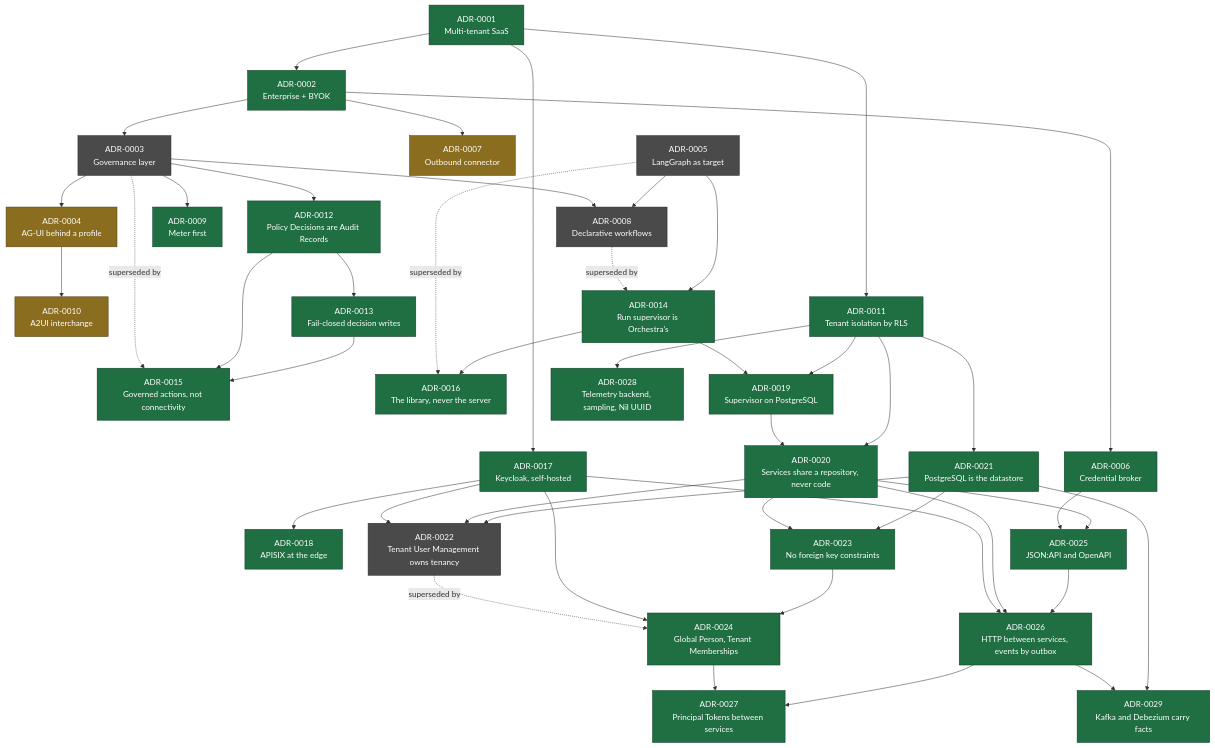
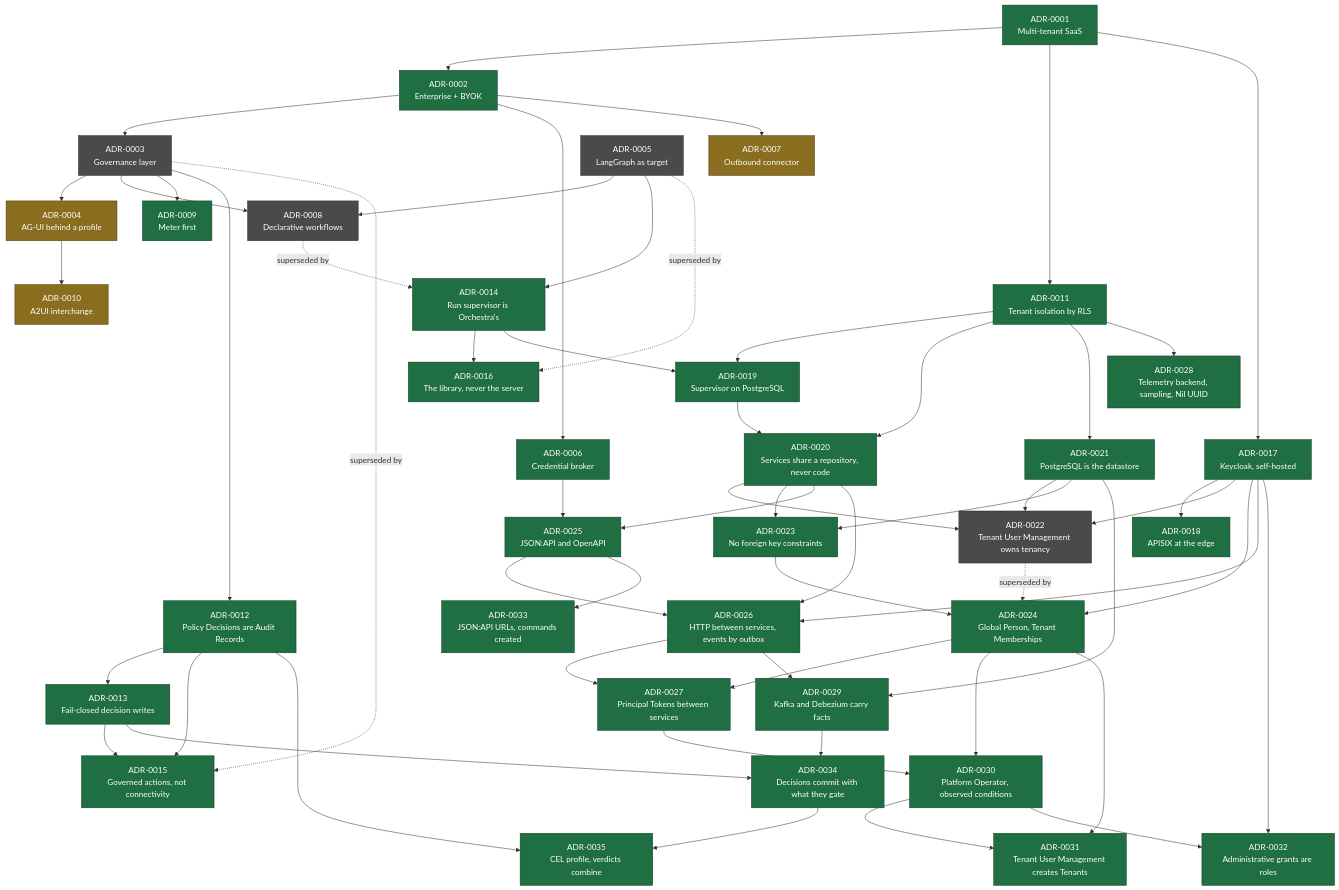
One commit to ayesigapaul/orchestra changed the diagram in docs/adr/README.md. Above: the diagram before and after it, drawn with Mermaid. The commit also changed other lines of this file and 71 other files, not shown here.

````diff
--- a/docs/adr/README.md
+++ b/docs/adr/README.md
@@ -62,54 +68,66 @@
 ```mermaid
 flowchart TD
   A1["ADR-0001<br/>Multi-tenant SaaS"] --> A2["ADR-0002<br/>Enterprise + BYOK"]
   A2 --> A3["ADR-0003<br/>Governance layer"]
   A2 --> A6["ADR-0006<br/>Credential broker"]
   A2 --> A7["ADR-0007<br/>Outbound connector"]
   A3 --> A4["ADR-0004<br/>AG-UI behind a profile"]
   A3 --> A8["ADR-0008<br/>Declarative workflows"]
   A3 --> A9["ADR-0009<br/>Meter first"]
   A5["ADR-0005<br/>LangGraph as target"] --> A8
   A4 --> A10["ADR-0010<br/>A2UI interchange"]
   A1 --> A11["ADR-0011<br/>Tenant isolation by RLS"]
   A3 --> A12["ADR-0012<br/>Policy Decisions are Audit Records"]
   A12 --> A13["ADR-0013<br/>Fail-closed decision writes"]
   A8 -.->|superseded by| A14["ADR-0014<br/>Run supervisor is Orchestra's"]
   A5 --> A14
   A3 -.->|superseded by| A15["ADR-0015<br/>Governed actions, not connectivity"]
   A12 --> A15
   A13 --> A15
   A5 -.->|superseded by| A16["ADR-0016<br/>The library, never the server"]
   A14 --> A16
   A1 --> A17["ADR-0017<br/>Keycloak, self-hosted"]
   A17 --> A18["ADR-0018<br/>APISIX at the edge"]
   A14 --> A19["ADR-0019<br/>Supervisor on PostgreSQL"]
   A11 --> A19
   A19 --> A20["ADR-0020<br/>Services share a repository, never code"]
   A11 --> A20
   A11 --> A21["ADR-0021<br/>PostgreSQL is the datastore"]
   A17 --> A22["ADR-0022<br/>Tenant User Management owns tenancy"]
   A20 --> A22
   A21 --> A22
   A20 --> A23["ADR-0023<br/>No foreign key constraints"]
   A21 --> A23
   A22 -.->|superseded by| A24["ADR-0024<br/>Global Person, Tenant Memberships"]
   A17 --> A24
   A23 --> A24
   A6 --> A25["ADR-0025<br/>JSON:API and OpenAPI"]
   A20 --> A25
   A17 --> A26["ADR-0026<br/>HTTP between services, events by outbox"]
   A20 --> A26
   A25 --> A26
   A24 --> A27["ADR-0027<br/>Principal Tokens between services"]
   A26 --> A27
   A11 --> A28["ADR-0028<br/>Telemetry backend, sampling, Nil UUID"]
   A26 --> A29["ADR-0029<br/>Kafka and Debezium carry facts"]
   A21 --> A29
 
+  A24 --> A30["ADR-0030<br/>Platform Operator, observed conditions"]
+  A27 --> A30
+  A30 --> A31["ADR-0031<br/>Tenant User Management creates Tenants"]
+  A24 --> A31
+  A30 --> A32["ADR-0032<br/>Administrative grants are roles"]
+  A17 --> A32
+  A25 --> A33["ADR-0033<br/>JSON:API URLs, commands created"]
+  A13 --> A34["ADR-0034<br/>Decisions commit with what they gate"]
+  A29 --> A34
+  A12 --> A35["ADR-0035<br/>CEL profile, verdicts combine"]
+  A34 --> A35
+
   classDef accepted fill:#1f6f43,stroke:#0d3b24,color:#fff;
   classDef proposed fill:#8a6d1f,stroke:#4d3c10,color:#fff;
   classDef superseded fill:#4a4a4a,stroke:#2a2a2a,color:#fff;
-  class A1,A2,A6,A9,A11,A12,A13,A14,A15,A16,A17,A18,A19,A20,A21,A23,A24,A25,A26,A27,A28,A29 accepted;
+  class A1,A2,A6,A9,A11,A12,A13,A14,A15,A16,A17,A18,A19,A20,A21,A23,A24,A25,A26,A27,A28,A29,A30,A31,A32,A33,A34,A35 accepted;
   class A4,A7,A10 proposed;
   class A3,A5,A8,A22 superseded;
 ```
````
